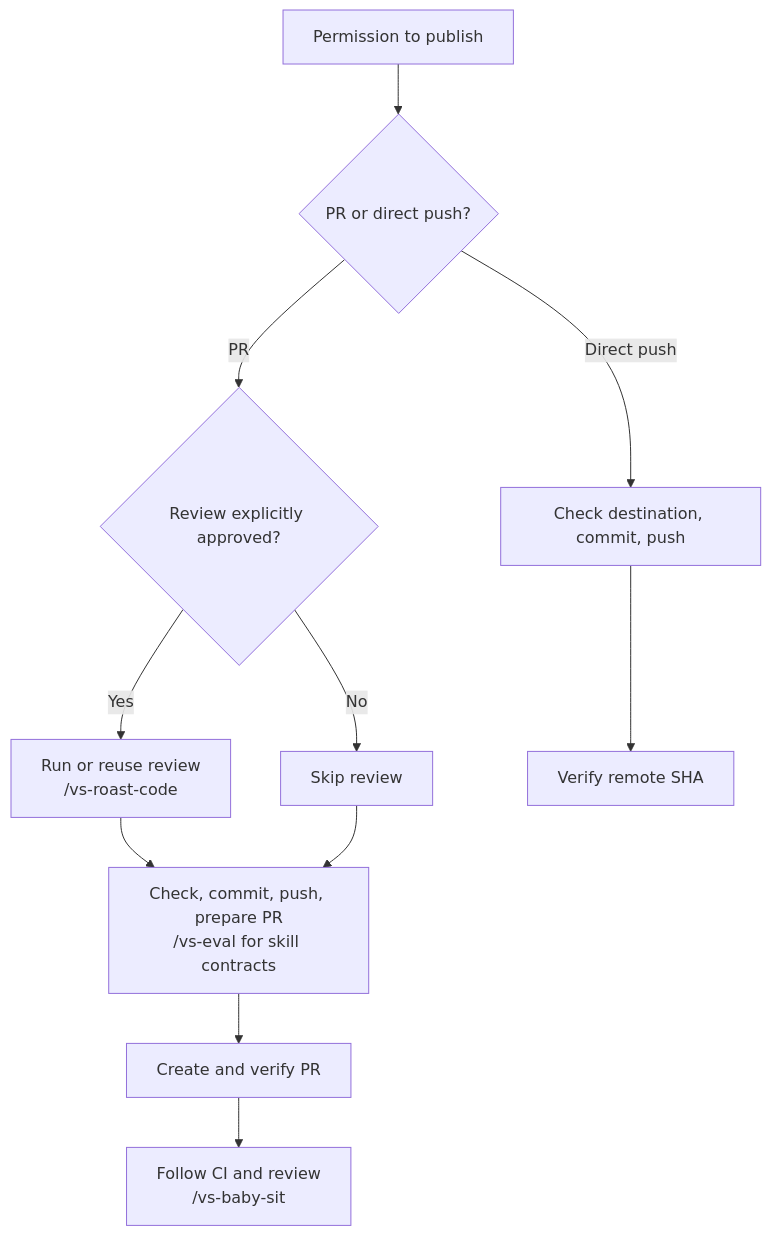
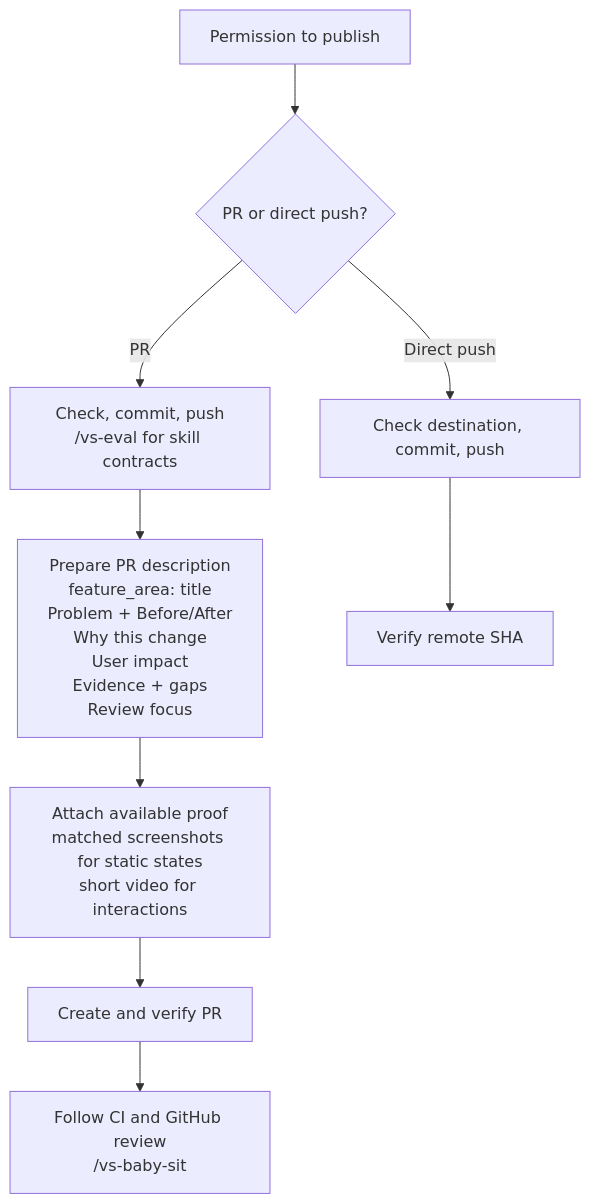
The fourth of 4 diagrams in README.md (vltansky/vs), drawn with Mermaid before and after one commit. The commit also changed other lines of this file and 9 other files, not shown here.

````diff
--- a/README.md
+++ b/README.md
@@ -101,11 +101,9 @@
 ```mermaid
 flowchart TD
     I[Permission to publish] --> D{PR or direct push?}
-    D -- PR --> R{Review explicitly approved?}
-    R -- Yes --> V["Run or reuse review<br/>/vs-roast-code"]
-    R -- No --> P[Skip review]
-    V --> C["Check, commit, push, prepare PR<br/>/vs-eval for skill contracts"]
-    P --> C
-    C --> O[Create and verify PR] --> W["Follow CI and review<br/>/vs-baby-sit"]
+    D -- PR --> C["Check, commit, push<br/>/vs-eval for skill contracts"]
+    C --> B["Prepare PR description<br/>feature_area: title<br/>Problem + Before/After<br/>Why this change<br/>User impact<br/>Evidence + gaps<br/>Review focus"]
+    B --> M["Attach available proof<br/>matched screenshots for static states<br/>short video for interactions"]
+    M --> O[Create and verify PR] --> W["Follow CI and GitHub review<br/>/vs-baby-sit"]
     D -- Direct push --> F[Check destination, commit, push] --> S[Verify remote SHA]
 ```
````
